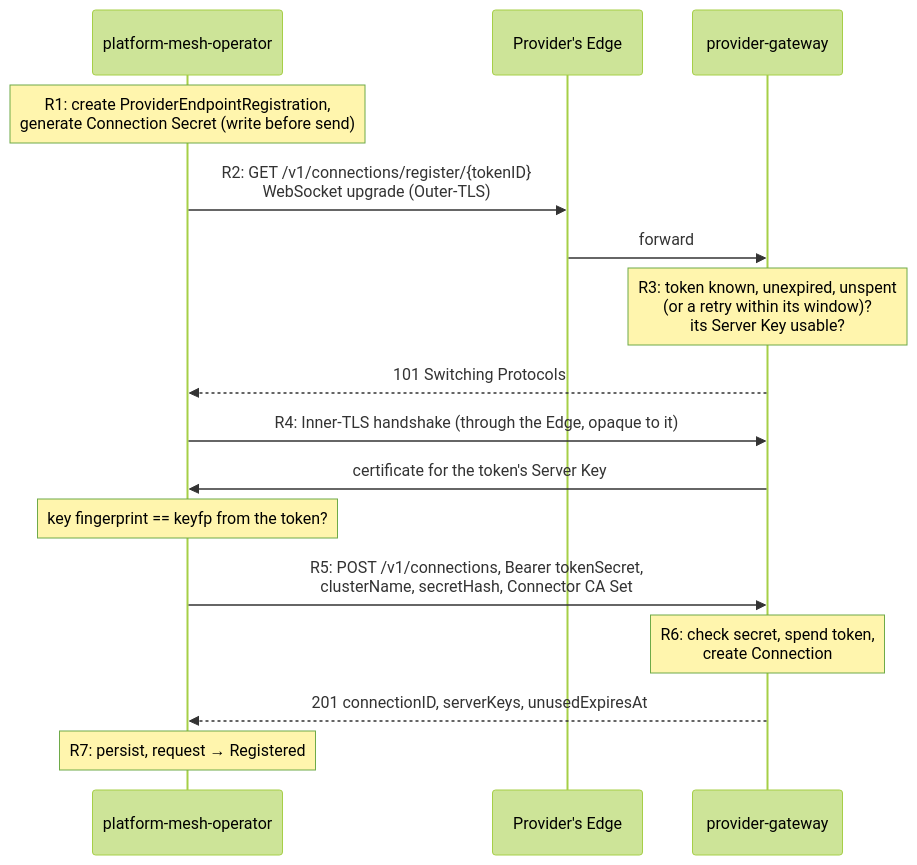
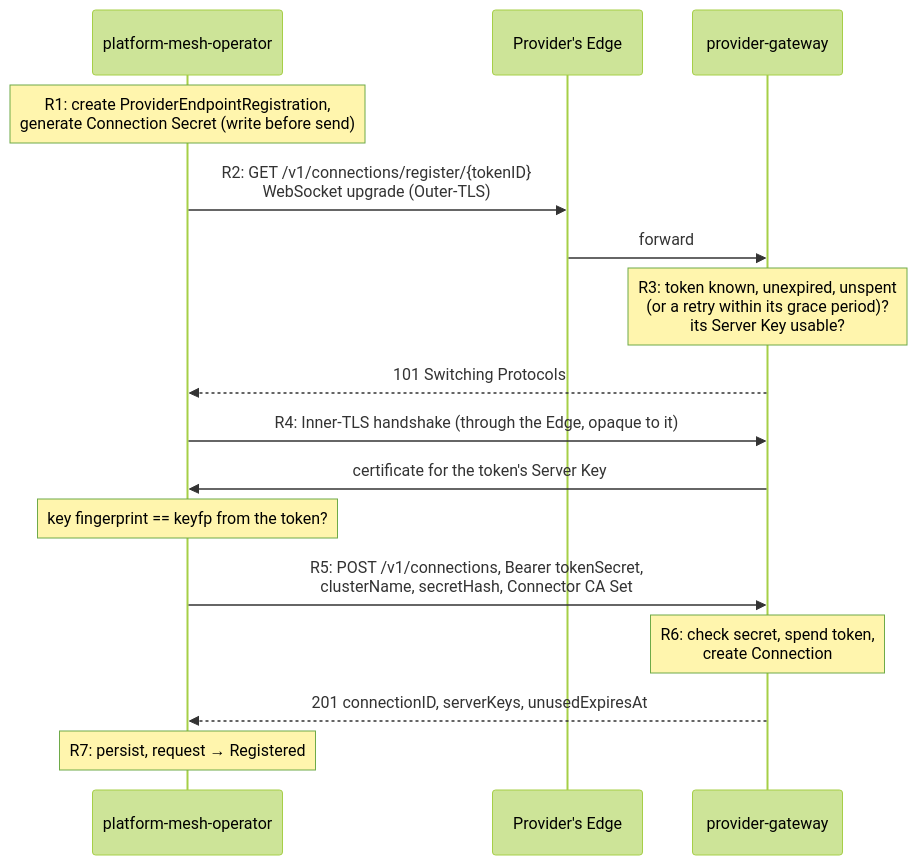
Before and after one commit to gman0/pm-architecture: the first of 4 diagrams in rfc/011-remote-provider-flow.md, drawn with Mermaid (forest theme). The commit also changed other lines of this file, not shown here.

````diff
--- a/rfc/011-remote-provider-flow.md
+++ b/rfc/011-remote-provider-flow.md
@@ -361,18 +363,18 @@
 ```mermaid
 sequenceDiagram
     participant O as platform-mesh-operator
     participant E as Provider's Edge
     participant G as provider-gateway
     Note over O: R1: create ProviderEndpointRegistration,<br/>generate Connection Secret (write before send)
     O->>E: R2: GET /v1/connections/register/{tokenID}<br/>WebSocket upgrade (Outer-TLS)
     E->>G: forward
-    Note over G: R3: token known, unexpired, unspent<br/>(or a retry within its window)?<br/>its Server Key usable?
+    Note over G: R3: token known, unexpired, unspent<br/>(or a retry within its grace period)?<br/>its Server Key usable?
     G-->>O: 101 Switching Protocols
     O->>G: R4: Inner-TLS handshake (through the Edge, opaque to it)
     G->>O: certificate for the token's Server Key
     Note over O: key fingerprint == keyfp from the token?
     O->>G: R5: POST /v1/connections, Bearer tokenSecret,<br/>clusterName, secretHash, Connector CA Set
     Note over G: R6: check secret, spend token,<br/>create Connection
     G-->>O: 201 connectionID, serverKeys, unusedExpiresAt
     Note over O: R7: persist, request → Registered
 ```
````
